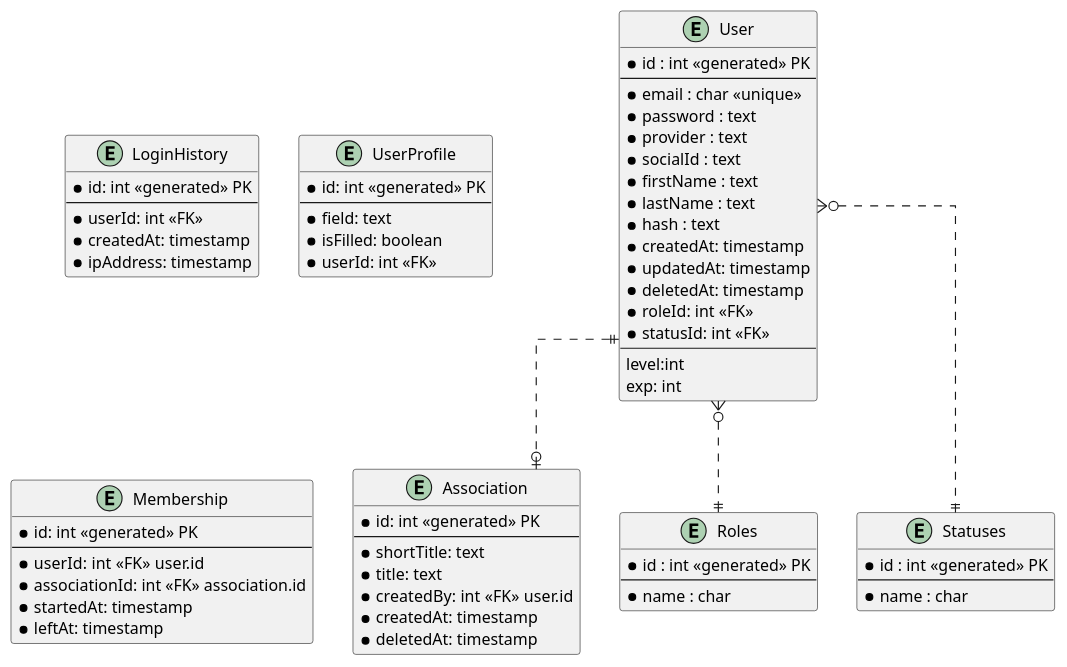
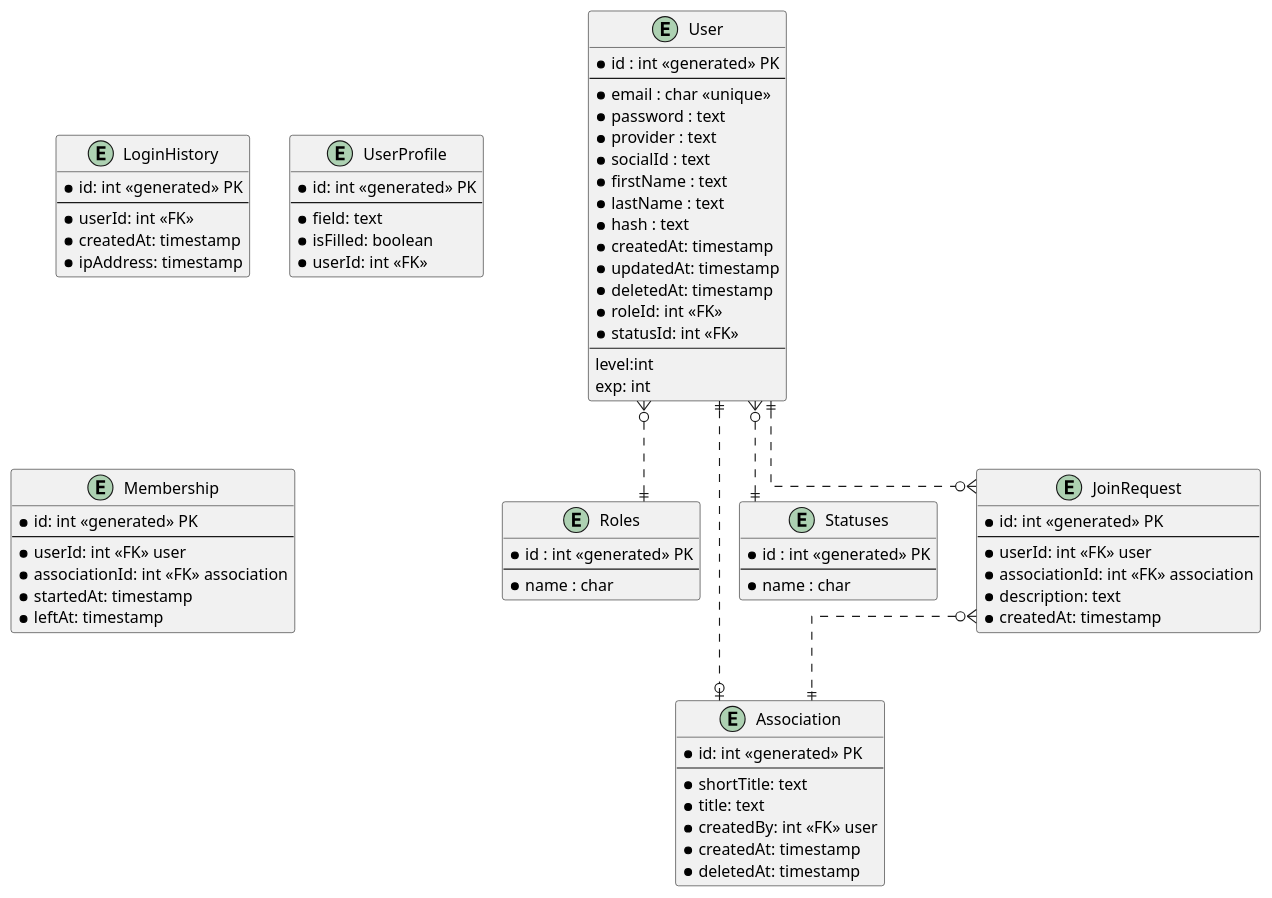
Before and after one commit to rastislavkopal/factcheck_game_service: the diagram in docs/db_design.puml, drawn with PlantUML. The commit also changed 9 other files, not shown here.

Commit message:
added join-req table, fixed assoc migrations

```diff
--- a/docs/db_design.puml
+++ b/docs/db_design.puml
@@ -1,80 +1,91 @@
 @startuml
 
 ' hide the spot
 ' hide circle
 
 ' avoid problems with angled crows feet
 skinparam linetype ortho
 
 entity "User" as user {
   *id : int <<generated>> PK
   --
   *email : char <<unique>>
   *password : text
   *provider : text
   *socialId : text
   *firstName : text
   *lastName : text
   *hash : text
   *createdAt: timestamp
   *updatedAt: timestamp
   *deletedAt: timestamp
   *roleId: int <<FK>>
   *statusId: int <<FK>>
   --
   level:int
   exp: int
 }
 
 entity "LoginHistory" as loginHistory {
   *id: int <<generated>> PK
   --
   *userId: int <<FK>>
   *createdAt: timestamp
   *ipAddress: timestamp
 }
 
 entity "UserProfile" as userProfile {
   *id: int <<generated>> PK
   --
   *field: text
   *isFilled: boolean
   *userId: int <<FK>>
 }
 
 entity "Association" as association {
   *id: int <<generated>> PK
   --
   *shortTitle: text
   *title: text
-  *createdBy: int <<FK>> user.id
+  *createdBy: int <<FK>> user
   *createdAt: timestamp
   *deletedAt: timestamp
 } 
 
 entity "Membership" as membership {
   *id: int <<generated>> PK
   --
-  *userId: int <<FK>> user.id
-  *associationId: int <<FK>> association.id
+  *userId: int <<FK>> user
+  *associationId: int <<FK>> association
   *startedAt: timestamp
   *leftAt: timestamp
 }
 
 entity "Roles" as roles {
   *id : int <<generated>> PK
   --
   *name : char
 }
 
 entity "Statuses" as statuses {
   *id : int <<generated>> PK
   --
   *name : char
 }
 
+entity "JoinRequest" as joinReq {
+  *id: int <<generated>> PK
+  --
+  *userId: int <<FK>> user
+  *associationId: int <<FK>> association
+  *description: text
+  *createdAt: timestamp
+}
+
 user }o..|| roles
 user }o..|| statuses
 user ||..o| association
+user ||..o{ joinReq
+joinReq }o..|| association 
 
 @enduml
```
